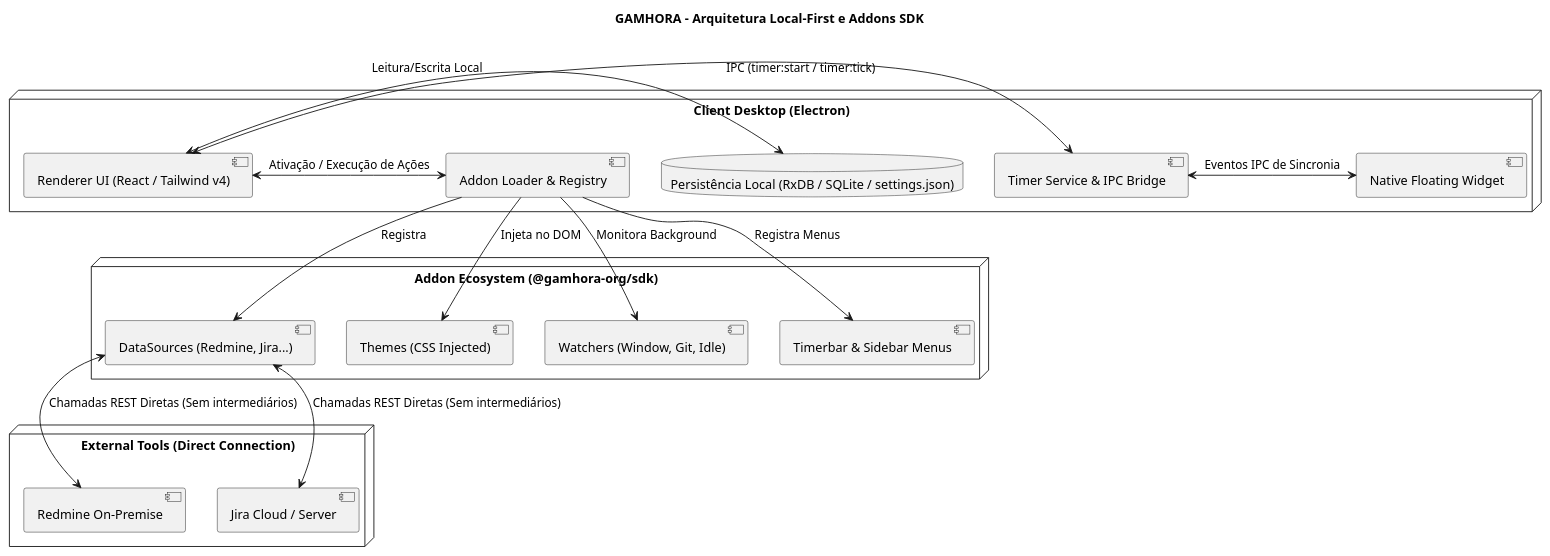
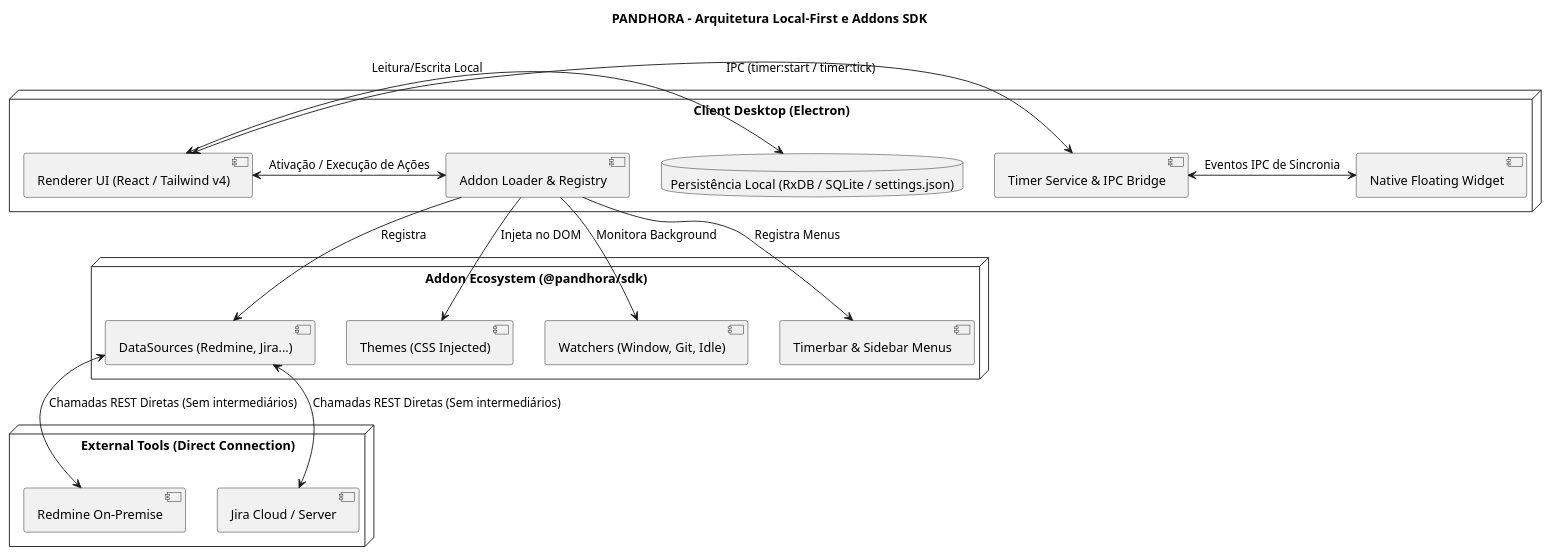
Before and after one commit to Gustavohps10/gamhora: the diagram in docs/srs/diagrams/puml/infra/diagram-infra-001-architecture.puml, drawn with PlantUML. The commit also changed 317 other files, not shown here.

```diff
--- a/docs/srs/diagrams/puml/infra/diagram-infra-001-architecture.puml
+++ b/docs/srs/diagrams/puml/infra/diagram-infra-001-architecture.puml
@@ -1,35 +1,35 @@
 @startuml Architecture
-title GAMHORA - Arquitetura Local-First e Addons SDK
+title PANDHORA - Arquitetura Local-First e Addons SDK
 
 node "Client Desktop (Electron)" {
     component "Renderer UI (React / Tailwind v4)" as UI
     component "Timer Service & IPC Bridge" as MainTimer
     component "Addon Loader & Registry" as AddonLoader
     database "Persistência Local (RxDB / SQLite / settings.json)" as DB
     component "Native Floating Widget" as Widget
 }
 
-node "Addon Ecosystem (@gamhora-org/sdk)" {
+node "Addon Ecosystem (@pandhora/sdk)" {
     [DataSources (Redmine, Jira...)] as DS
     [Themes (CSS Injected)] as Themes
     [Watchers (Window, Git, Idle)] as Watchers
     [Timerbar & Sidebar Menus] as Menus
 }
 
 node "External Tools (Direct Connection)" {
     [Redmine On-Premise] as RedmineServer
     [Jira Cloud / Server] as JiraServer
 }
 
 UI <-> MainTimer : IPC (timer:start / timer:tick)
 UI <-> DB : Leitura/Escrita Local
 MainTimer <-> Widget : Eventos IPC de Sincronia
 UI <-> AddonLoader : Ativação / Execução de Ações
 AddonLoader --> DS : Registra
 AddonLoader --> Themes : Injeta no DOM
 AddonLoader --> Watchers : Monitora Background
 AddonLoader --> Menus : Registra Menus
 
 DS <--> RedmineServer : Chamadas REST Diretas (Sem intermediários)
 DS <--> JiraServer : Chamadas REST Diretas (Sem intermediários)
 @enduml
```
